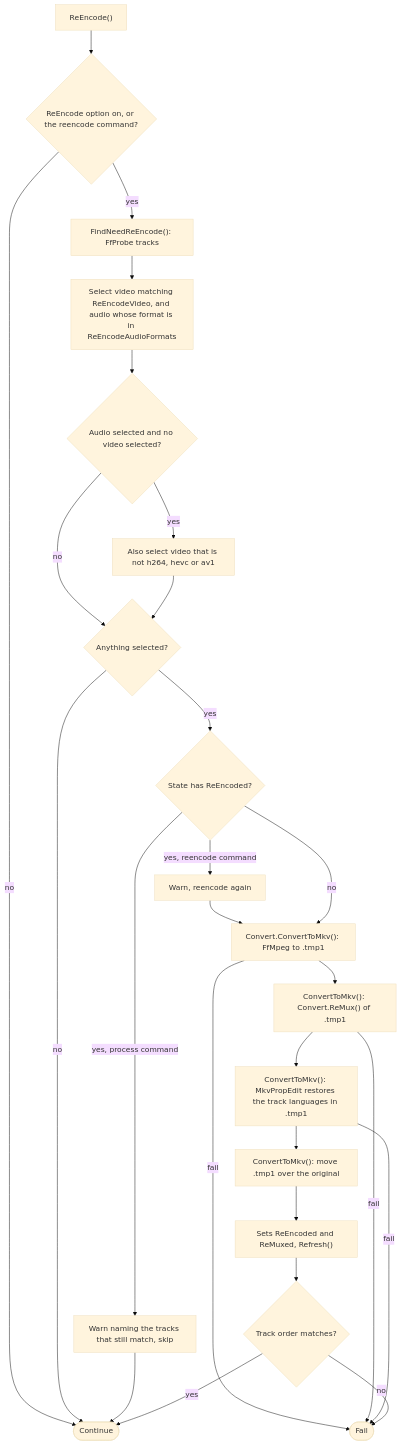
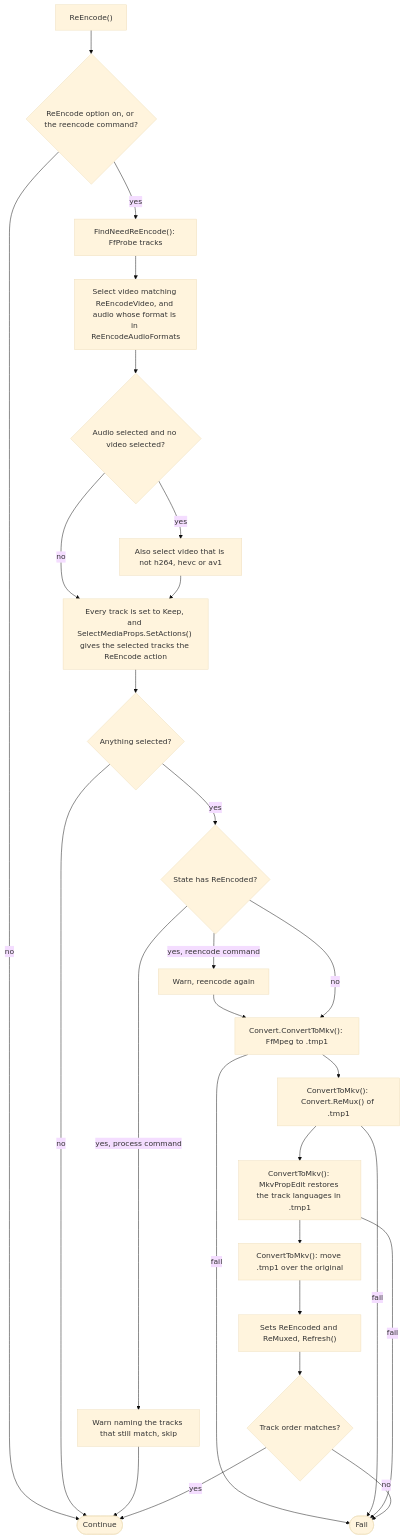
Before and after one commit to ptr727/PlexCleaner: diagram 18 of 20 in ARCHITECTURE.md, drawn with Mermaid (base theme). The commit also changed other lines of this file and 9 other files, not shown here.

First line of the commit message:
Split Track State into a Disposition and Combinable Actions (#1132)

````diff
--- a/ARCHITECTURE.md
+++ b/ARCHITECTURE.md
@@ -719,28 +723,29 @@
 ```mermaid
 flowchart TD
   A0["ReEncode()"] --> A1{"ReEncode option on, or the reencode command?"}
   A1 -->|no| AOK(["Continue"])
   A1 -->|yes| S0["FindNeedReEncode(): FfProbe tracks"]
   S0 --> S1["Select video matching ReEncodeVideo, and audio whose format is in ReEncodeAudioFormats"]
   S1 --> S2{"Audio selected and no video selected?"}
   S2 -->|yes| S3["Also select video that is not h264, hevc or av1"]
-  S2 -->|no| S4
-  S3 --> S4{"Anything selected?"}
+  S2 -->|no| SA
+  S3 --> SA["Every track is set to Keep, and SelectMediaProps.SetActions() gives the selected tracks the ReEncode action"]
+  SA --> S4{"Anything selected?"}
   S4 -->|no| AOK
   S4 -->|yes| S5{"State has ReEncoded?"}
   S5 -->|"yes, process command"| SKIP["Warn naming the tracks that still match, skip"]
   SKIP --> AOK
   S5 -->|"yes, reencode command"| AGAIN["Warn, reencode again"]
   AGAIN --> C1
   S5 -->|no| C1["Convert.ConvertToMkv(): FfMpeg to .tmp1"]
   C1 -->|fail| FAIL(["Fail"])
   C1 --> C2["ConvertToMkv(): Convert.ReMux() of .tmp1"]
   C2 -->|fail| FAIL
   C2 --> C3["ConvertToMkv(): MkvPropEdit restores the track languages in .tmp1"]
   C3 -->|fail| FAIL
   C3 --> C6["ConvertToMkv(): move .tmp1 over the original"]
   C6 --> C4["Sets ReEncoded and ReMuxed, Refresh()"]
   C4 --> C5{"Track order matches?"}
   C5 -->|no| FAIL
   C5 -->|yes| AOK
 ```
````
